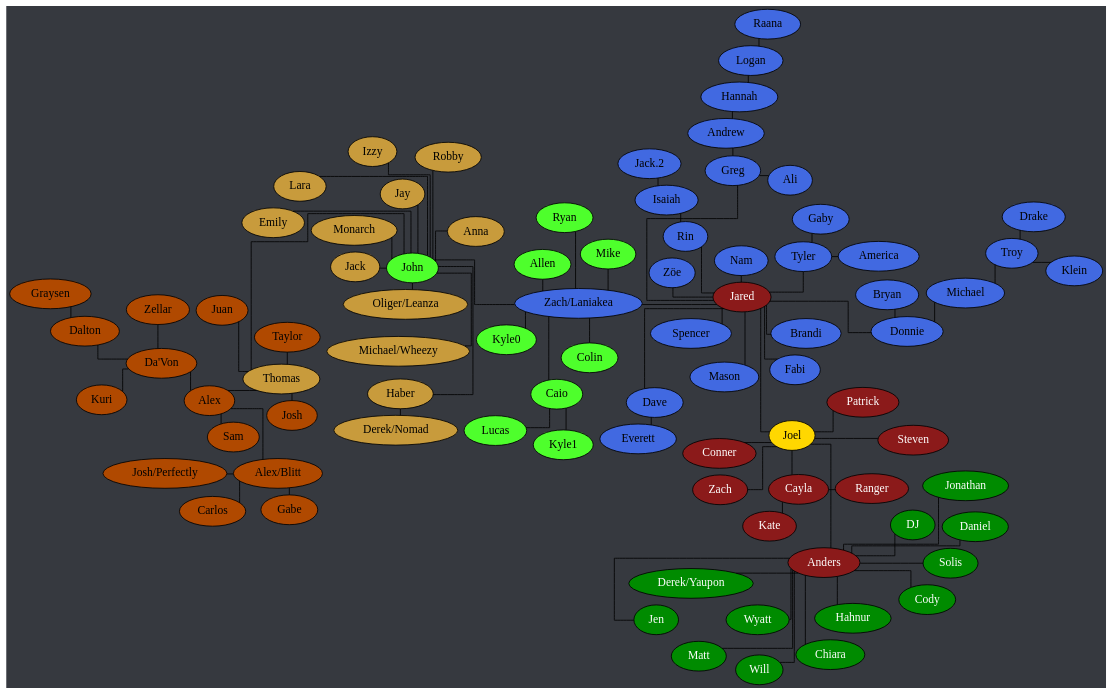
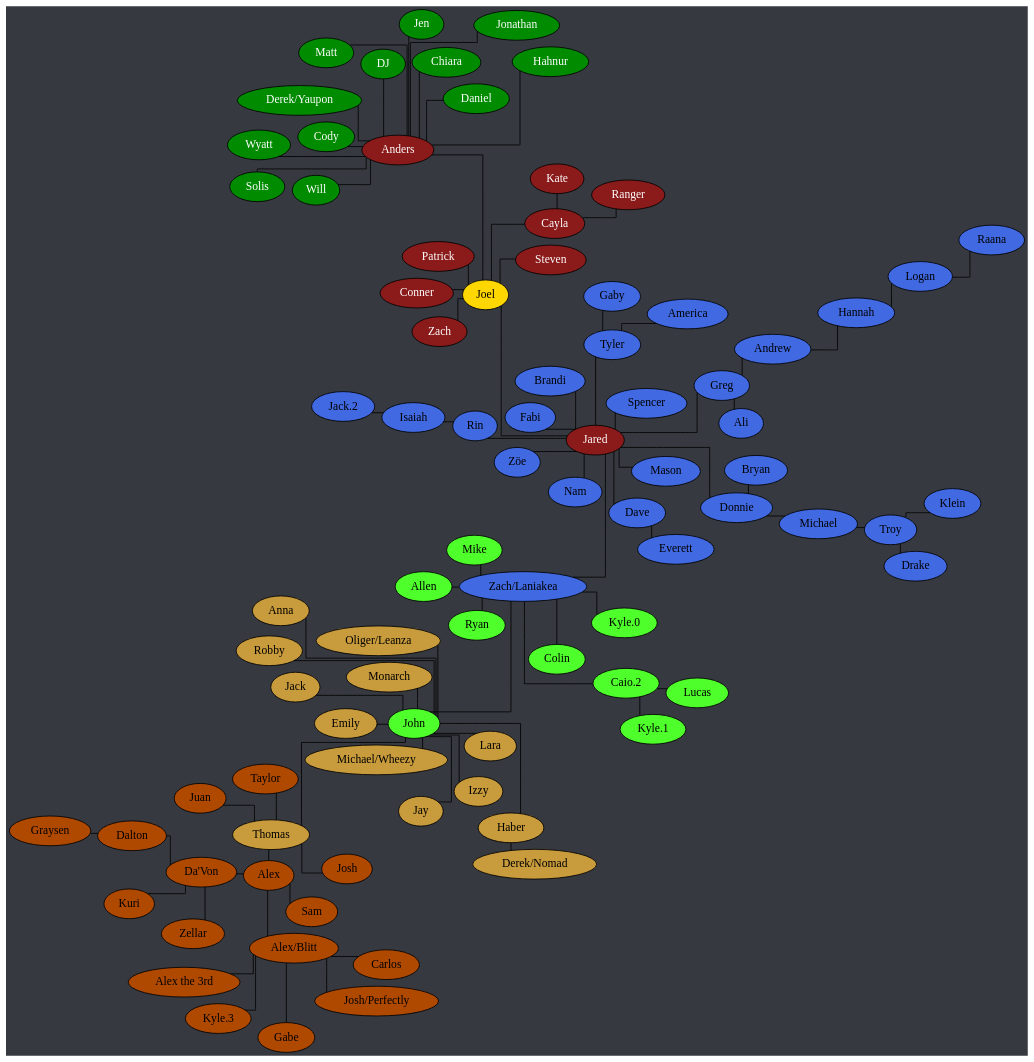
Before and after one commit to Documidas/CoronaCatzFamilyTree: the diagram in tree.dot, drawn with Graphviz. The commit also changed 1 other file, not shown here.

Commit message:
Add Alex.3, Kyle.3

```diff
--- a/tree.dot
+++ b/tree.dot
@@ -1,133 +1,135 @@
 strict graph {
 	// Layout Configuration
 	layout = neato;
 	epsilon = 0.01;
 	mode = KK;
 	model = subset;
 	overlap = false;
 	splines = ortho;
 
 	// Visual Configuration
 	graph [truecolor=true bgcolor="#36393f"]
 	node [style=filled fillcolor="gray" fontcolor="black"]
 
 	subgraph "Joel" {
 		node [style=filled fillcolor="firebrick4" fontcolor="white"];
 		Joel [style=filled fillcolor="gold" fontcolor="black"];
 
 		Anders -- Joel;
 		Cayla -- Joel
 		Cayla -- Kate;
 		Cayla -- Ranger;
 		Joel -- Conner;
 		Joel -- Jared;
 		Joel -- Patrick;
 		Joel -- Steven;
 		Joel -- Zach;
 	}
 
 	subgraph "Anders" {
 		node [style=filled fillcolor="green4" fontcolor="white"];
 
 		Anders -- Chiara
 		Anders -- Cody;
 		Anders -- Daniel;
 		Anders -- "Derek/Yaupon";
 		Anders -- DJ;
 		Anders -- Hahnur;
 		Anders -- Jen;
 		Anders -- Jonathan;
 		Anders -- Matt;
 		Anders -- Solis;
 		Anders -- Will;
 		Anders -- Wyatt;
 	}
 
 	subgraph "Jared" {
 		node [style=filled fillcolor="royalblue" fontcolor="black"]
 
 		Andrew -- Hannah;
 		Dave -- Everett;
 		Donnie -- Bryan;
 		Donnie -- Michael;
 		Greg -- Ali;
 		Greg -- Andrew;
 		Hannah -- Logan;
 		Isaiah -- "Jack.2";
 		Jared -- Brandi;
 		Jared -- Dave;
 		Jared -- Donnie;
 		Jared -- Fabi;
 		Jared -- Greg;
 		Jared -- Mason;
 		Jared -- Nam;
 		Jared -- Rin;
 		Jared -- Spencer;
 		Jared -- Tyler;
 		Jared -- "Zach/Laniakea";
 		Jared -- "Zöe";
 		Logan -- Raana;
 		Michael -- Troy;
 		Rin -- Isaiah;
 		Tyler -- America;
 		Tyler -- Gaby;
 		Troy -- Drake;
 		Troy -- Klein;
 	}
 
 	subgraph "Zach/Laniakea" {
 		node [style=filled fillcolor="#4eff2c" fontcolor="black"]
 
-		Caio -- Kyle1;
-		Caio -- Lucas;
+		"Caio.2" -- "Kyle.1";
+		"Caio.2" -- Lucas;
 		"Zach/Laniakea" -- Allen;
-		"Zach/Laniakea" -- Caio;
+		"Zach/Laniakea" -- "Caio.2";
 		"Zach/Laniakea" -- Colin;
 		"Zach/Laniakea" -- John [ len = 10 ];
-		"Zach/Laniakea" -- Kyle0;
+		"Zach/Laniakea" -- "Kyle.0";
 		"Zach/Laniakea" -- Mike;
 		"Zach/Laniakea" -- Ryan;
 	}
 
 	subgraph "John" {
 		node [style=filled fillcolor="#c89b3c" fontcolor="black"]
 
 		Haber -- "Derek/Nomad";
 		John -- Anna;
 		John -- Emily;
 		John -- Haber;
 		John -- Jay;
 		John -- Jack;
 		John -- Lara;
 		John -- Monarch;
 		John -- "Oliger/Leanza";
 		John -- Thomas;
 	}
 
 	subgraph "John-stream" {
 		// node [style=filled fillcolor="#9147ff" fontcolor="black"]
 		node [style=filled fillcolor="#c89b3c" fontcolor="black"]
 
 		John -- Izzy;
 		John -- "Michael/Wheezy";
 		John -- Robby;
 	}
 
 	subgraph "Thomas" {
 		node [style=filled fillcolor="#b04900" fontcolor="black"]
 		Alex -- "Alex/Blitt";
 		Alex -- "Da'Von";
 		Alex -- Sam;
+		"Alex/Blitt" -- "Alex the 3rd";
 		"Alex/Blitt" -- Carlos;
 		"Alex/Blitt" -- Gabe;
+		"Alex/Blitt" -- "Kyle.3";
 		"Alex/Blitt" -- "Josh/Perfectly";
 		Dalton -- Graysen;
 		"Da'Von" -- Dalton;
 		"Da'Von" -- Kuri;
 		"Da'Von" -- Zellar;
 		Thomas -- Alex;
 		Thomas -- Josh;
 		Thomas -- Juan;
 		Thomas -- Taylor;
 	}
 }
```
